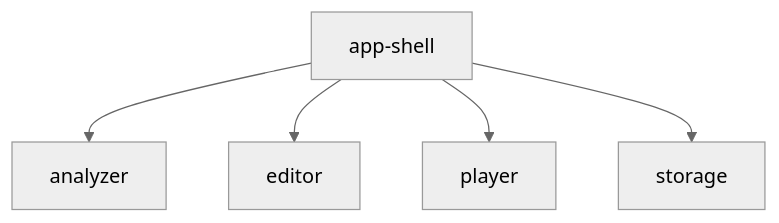
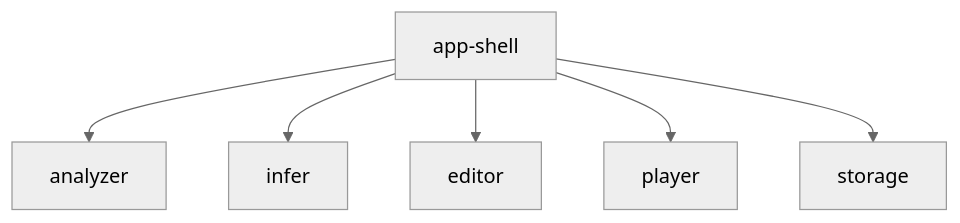
Before and after one commit to robertdyr/skales-v1: the fifth of 5 diagrams in docs/architecture/overview.md, drawn with Mermaid (neutral theme). The commit also changed other lines of this file and 34 other files, not shown here.

````diff
--- a/docs/architecture/overview.md
+++ b/docs/architecture/overview.md
@@ -114,7 +121,8 @@
 ```mermaid
 flowchart TD
     App["app-shell"] --> Analyzer["analyzer"]
+    App --> Infer["infer"]
     App --> Editor["editor"]
     App --> Player["player"]
     App --> Storage["storage"]
 ```
````
